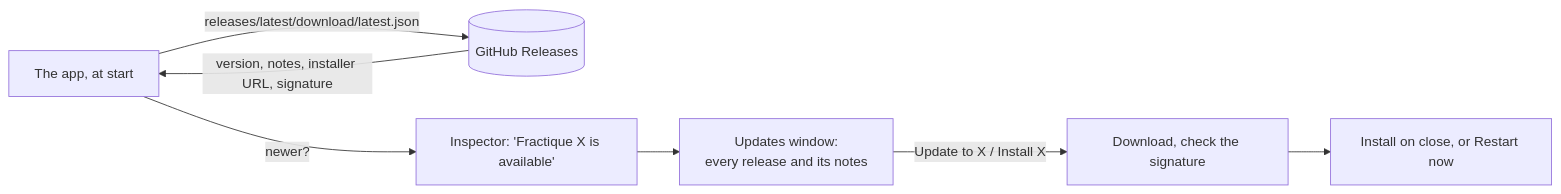
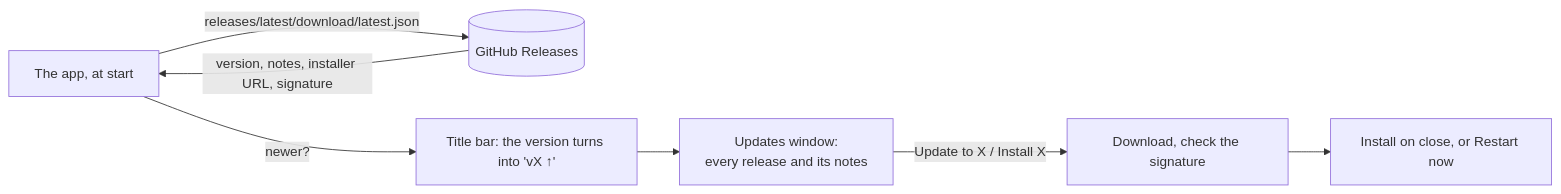
Before and after one commit to tarpetos/fractique: the diagram in docs/releasing.md, drawn with Mermaid. The commit also changed other lines of this file and 38 other files, not shown here.

````diff
--- a/docs/releasing.md
+++ b/docs/releasing.md
@@ -43,9 +52,9 @@
 ```mermaid
 flowchart LR
     APP["The app, at start"] -- "releases/latest/download/latest.json" --> GH[("GitHub Releases")]
     GH -- "version, notes, installer URL, signature" --> APP
-    APP -- "newer?" --> ROW["Inspector: 'Fractique X is available'"]
+    APP -- "newer?" --> ROW["Title bar: the version turns into 'vX ↑'"]
     ROW --> WIN["Updates window:<br/>every release and its notes"]
     WIN -- "Update to X / Install X" --> DL["Download, check the signature"]
     DL --> INST["Install on close, or Restart now"]
 ```
````
